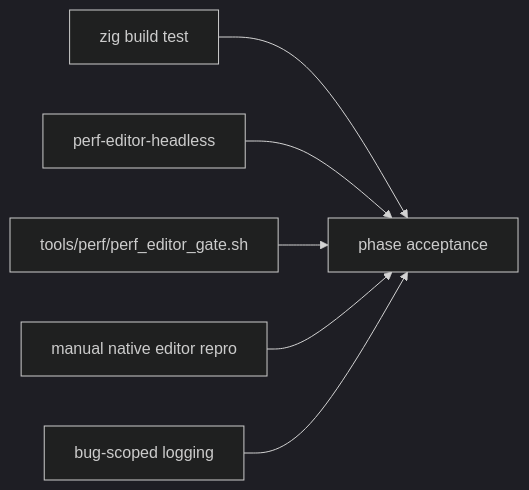
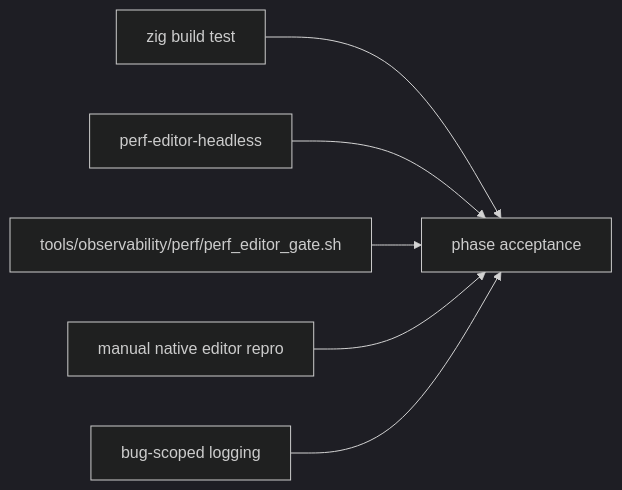
The second of 2 diagrams in app_architecture/editor/EDITOR_REDESIGN_EXECUTION_ROADMAP.md (LaurenceGuws/Zide), drawn with Mermaid (dark theme) before and after one commit. The commit also changed other lines of this file and 96 other files, not shown here.

````diff
--- a/app_architecture/editor/EDITOR_REDESIGN_EXECUTION_ROADMAP.md
+++ b/app_architecture/editor/EDITOR_REDESIGN_EXECUTION_ROADMAP.md
@@ -383,14 +383,14 @@
 ```mermaid
 flowchart LR
     Build[zig build test]
     Headless[perf-editor-headless]
-    Gate[tools/perf/perf_editor_gate.sh]
+    Gate[tools/observability/perf/perf_editor_gate.sh]
     Native[manual native editor repro]
     Logs[bug-scoped logging]
 
     Build --> Accept[phase acceptance]
     Headless --> Accept
     Gate --> Accept
     Native --> Accept
     Logs --> Accept
 ```
````
